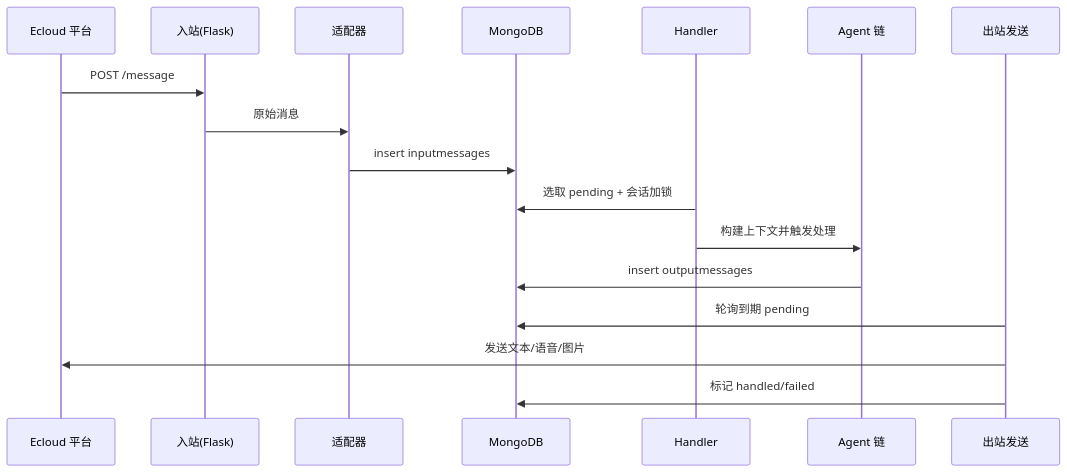
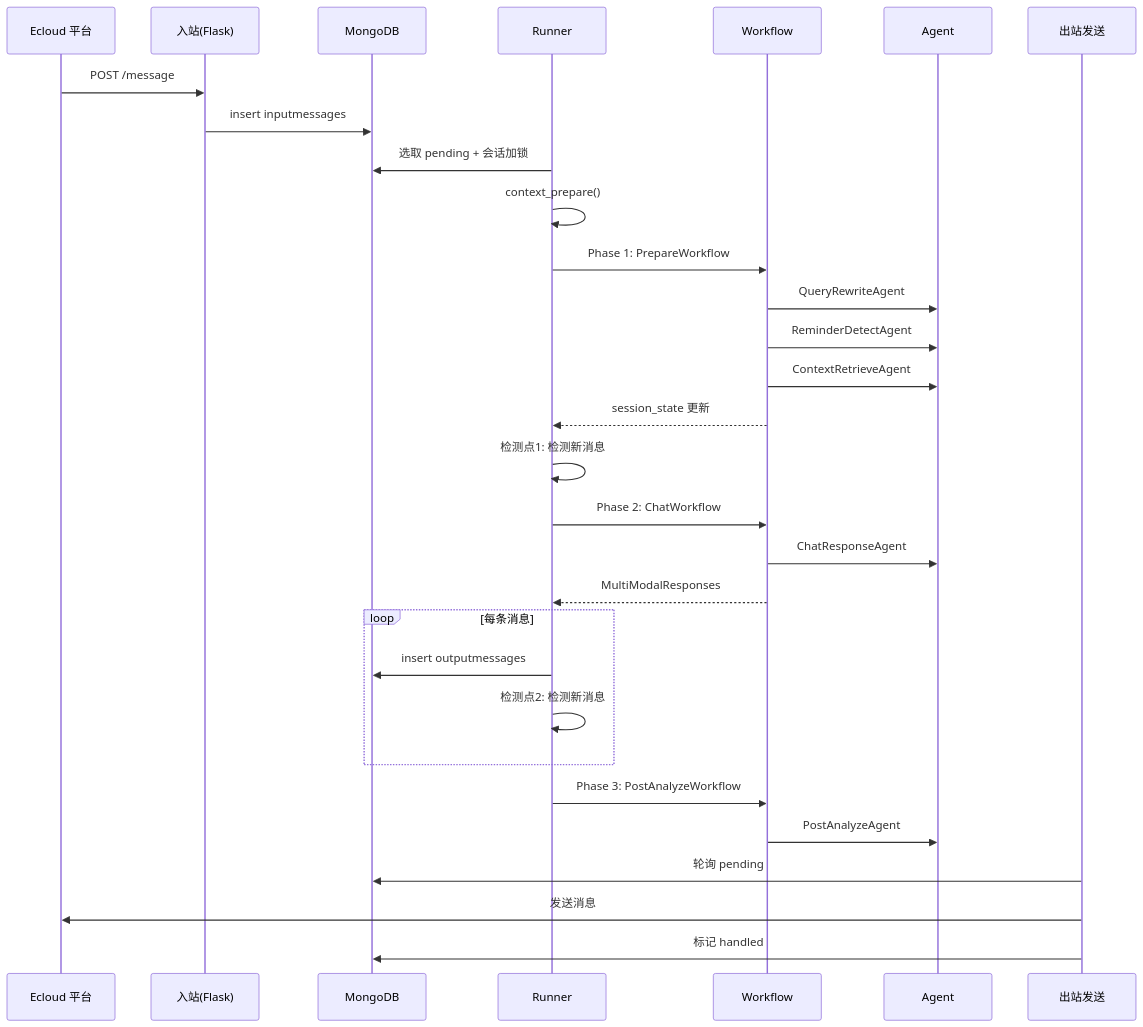
The diagram in doc/architecture_analysis.md (yidianyiko/openCoke), drawn with Mermaid before and after one commit. The commit also changed other lines of this file and 13 other files, not shown here.

````diff
--- a/doc/architecture_analysis.md
+++ b/doc/architecture_analysis.md
@@ -51,19 +118,39 @@
-  ```mermaid
-  sequenceDiagram
+```mermaid
+sequenceDiagram
     participant EC as Ecloud 平台
     participant IN as 入站(Flask)
-    participant AD as 适配器
     participant DB as MongoDB
-    participant HD as Handler
-    participant AG as Agent 链
+    participant RN as Runner
+    participant WF as Workflow
+    participant AG as Agent
     participant OUT as 出站发送
+    
     EC->>IN: POST /message
-    IN->>AD: 原始消息
-    AD->>DB: insert inputmessages
-    HD->>DB: 选取 pending + 会话加锁
-    HD->>AG: 构建上下文并触发处理
-    AG->>DB: insert outputmessages
-    OUT->>DB: 轮询到期 pending
-    OUT->>EC: 发送文本/语音/图片
-    OUT->>DB: 标记 handled/failed
-  ```
+    IN->>DB: insert inputmessages
+    RN->>DB: 选取 pending + 会话加锁
+    RN->>RN: context_prepare()
+    
+    RN->>WF: Phase 1: PrepareWorkflow
+    WF->>AG: QueryRewriteAgent
+    WF->>AG: ReminderDetectAgent
+    WF->>AG: ContextRetrieveAgent
+    WF-->>RN: session_state 更新
+    
+    RN->>RN: 检测点1: 检测新消息
+    
+    RN->>WF: Phase 2: ChatWorkflow
+    WF->>AG: ChatResponseAgent
+    WF-->>RN: MultiModalResponses
+    
+    loop 每条消息
+        RN->>DB: insert outputmessages
+        RN->>RN: 检测点2: 检测新消息
+    end
+    
+    RN->>WF: Phase 3: PostAnalyzeWorkflow
+    WF->>AG: PostAnalyzeAgent
+    
+    OUT->>DB: 轮询 pending
+    OUT->>EC: 发送消息
+    OUT->>DB: 标记 handled
+```
````
